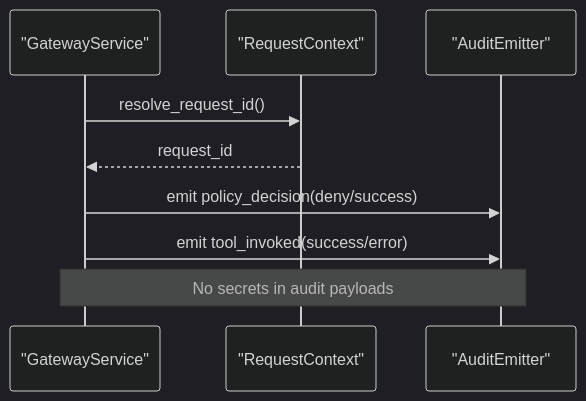
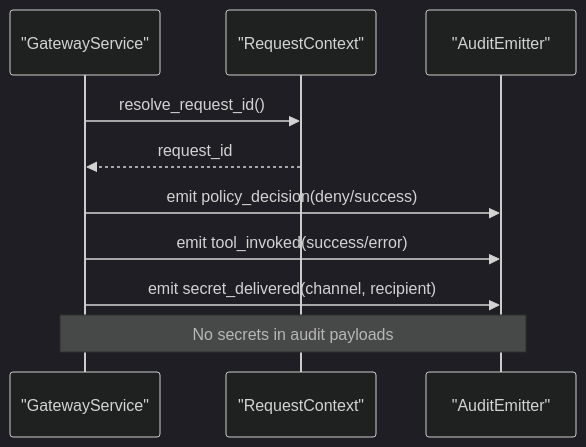
One commit to metasync/luban-aiops changed the tenth of 11 diagrams in .qoder/repowiki/en/content/Core Services/Tool Gateway/Credential Management and Security.md. Above: the diagram before and after it, drawn with Mermaid (dark theme). The commit also changed other lines of this file and 56 other files, not shown here.

````diff
--- a/.qoder/repowiki/en/content/Core Services/Tool Gateway/Credential Management and Security.md
+++ b/.qoder/repowiki/en/content/Core Services/Tool Gateway/Credential Management and Security.md
@@ -347,11 +477,12 @@
 ```mermaid
 sequenceDiagram
 participant GW as "GatewayService"
 participant RC as "RequestContext"
 participant AE as "AuditEmitter"
 GW->>RC : resolve_request_id()
 RC-->>GW : request_id
 GW->>AE : emit policy_decision(deny/success)
 GW->>AE : emit tool_invoked(success/error)
+GW->>AE : emit secret_delivered(channel, recipient)
 Note over GW,AE : No secrets in audit payloads
 ```
````
